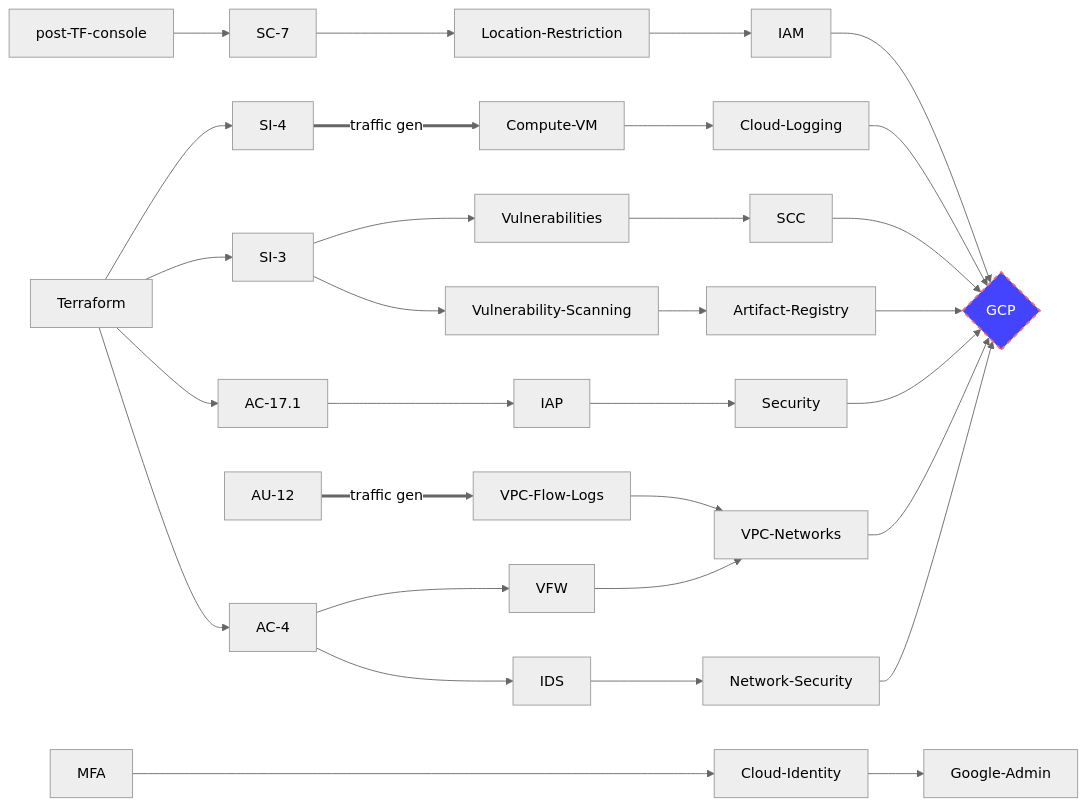
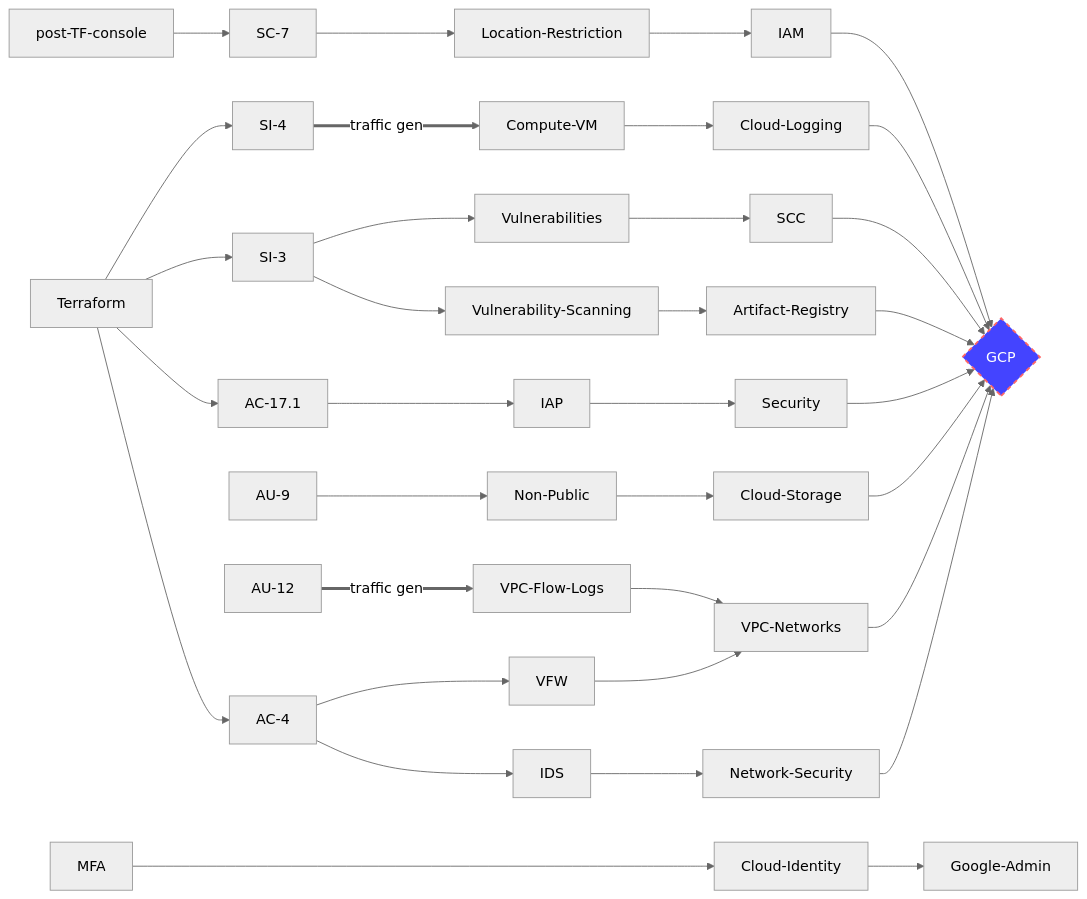
The first of 2 diagrams in docs/google-cloud-security-controls.md (GoogleCloudPlatform/pbmm-on-gcp-onboarding), drawn with Mermaid (neutral theme) before and after one commit. The commit also changed other lines of this file, not shown here.

````diff
--- a/docs/google-cloud-security-controls.md
+++ b/docs/google-cloud-security-controls.md
@@ -5,40 +5,41 @@
 ```mermaid
 graph LR;
     style GCP fill:#44f,stroke:#f66,stroke-width:2px,color:#fff,stroke-dasharray: 5 5
     Terraform-->AC-4;
     Terraform-->AC-17.1;
     Terraform-->SI-3;
     Terraform-->SI-4;
     
     AC-4-->IDS;
     AC-4-->VFW;
     AC-17.1-->IAP;
+    AU-9-->Non-Public-->Cloud-Storage-->GCP;
     AU-12== traffic gen ==>VPC-Flow-Logs;
     SI-3-->Vulnerability-Scanning-->Artifact-Registry-->GCP;
     SI-3-->Vulnerabilities;
     SI-4== traffic gen ==>Compute-VM;
     post-TF-console-->SC-7-->Location-Restriction;
     
     
     IAP-->Security;
 
     Vulnerabilities-->SCC;
     
     IDS-->Network-Security;
     Compute-VM-->Cloud-Logging;
     Cloud-Logging-->GCP;
     IAM-->GCP;
     Location-Restriction-->IAM;
     Network-Security-->GCP;
     SCC-->GCP;
     Security-->GCP;
     MFA---->Cloud-Identity;
     Cloud-Identity-->Google-Admin;
     VFW-->VPC-Networks;
     VPC-Flow-Logs-->VPC-Networks;
     VPC-Networks-->GCP{GCP};
     
 
     
     
 ```
````
